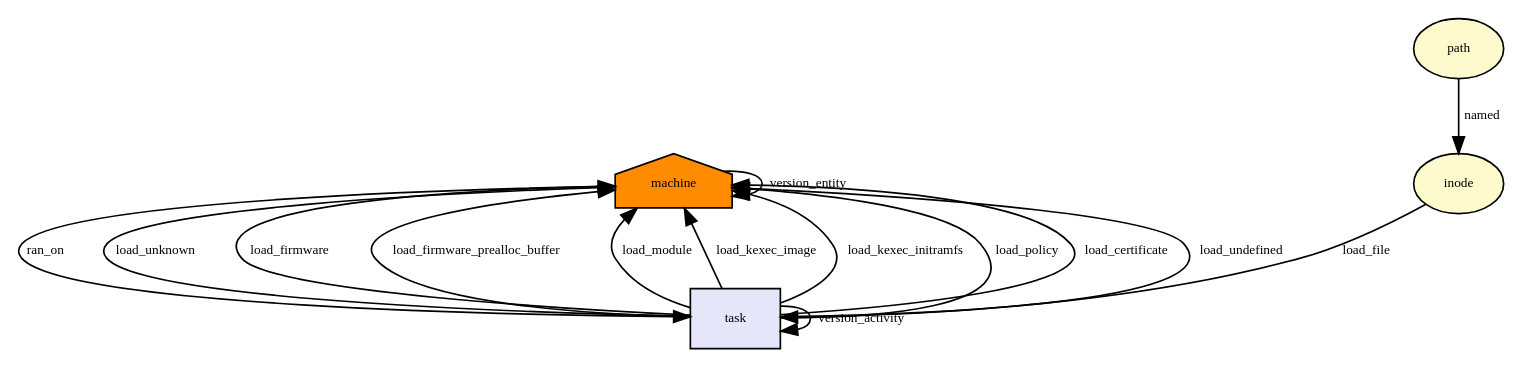
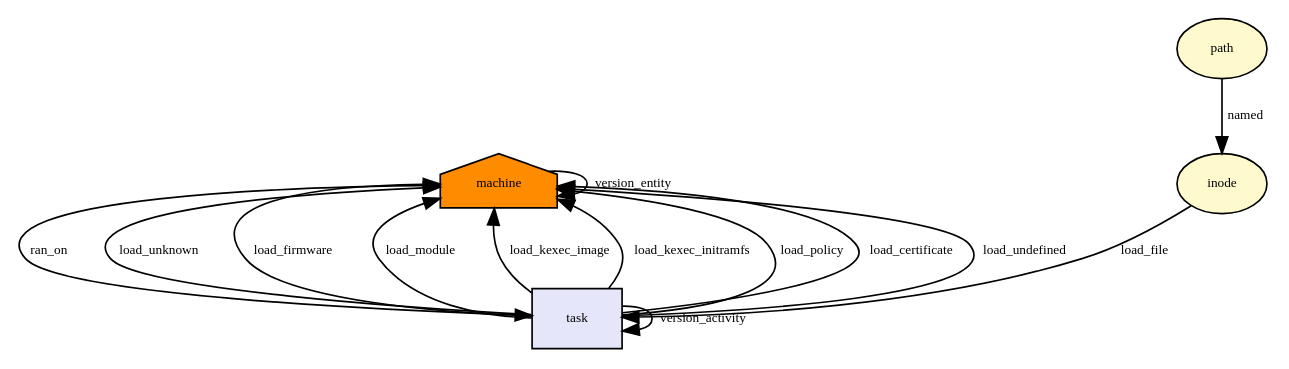
Before and after one commit to CamFlow/camflow-dev: the diagram in docs/dot/kernel_read_file.dot, drawn with Graphviz. The commit also changed 408 other files, not shown here.

```diff
--- a/docs/dot/kernel_read_file.dot
+++ b/docs/dot/kernel_read_file.dot
@@ -1,37 +1,35 @@
 digraph RGL__DirectedAdjacencyGraph {machine[fontsize = 8,label = machine,shape = house, fillcolor="#ff8c00", style = filled]
 
 task[fontsize = 8,label = task,shape = rectangle, fillcolor="#e6e6fa", style = filled]
 
 machine -> task[fontsize = 8,label = ran_on]
 
 path[fontsize = 8,label = path,shape = ellipse, fillcolor="#fffacd", style = filled]
 
 inode[fontsize = 8,label = inode,shape = ellipse, fillcolor="#fffacd", style = filled]
 
 path -> inode[fontsize = 8,label = named]
 
 inode -> task[fontsize = 8,label = load_file]
 
 task -> task[fontsize = 8,label = version_activity]
 
 task -> machine[fontsize = 8,label = load_unknown]
 
 machine -> machine[fontsize = 8,label = version_entity]
 
 task -> machine[fontsize = 8,label = load_firmware]
 
-task -> machine[fontsize = 8,label = load_firmware_prealloc_buffer]
-
 task -> machine[fontsize = 8,label = load_module]
 
 task -> machine[fontsize = 8,label = load_kexec_image]
 
 task -> machine[fontsize = 8,label = load_kexec_initramfs]
 
 task -> machine[fontsize = 8,label = load_policy]
 
 task -> machine[fontsize = 8,label = load_certificate]
 
 task -> machine[fontsize = 8,label = load_undefined]
 
 }
```
